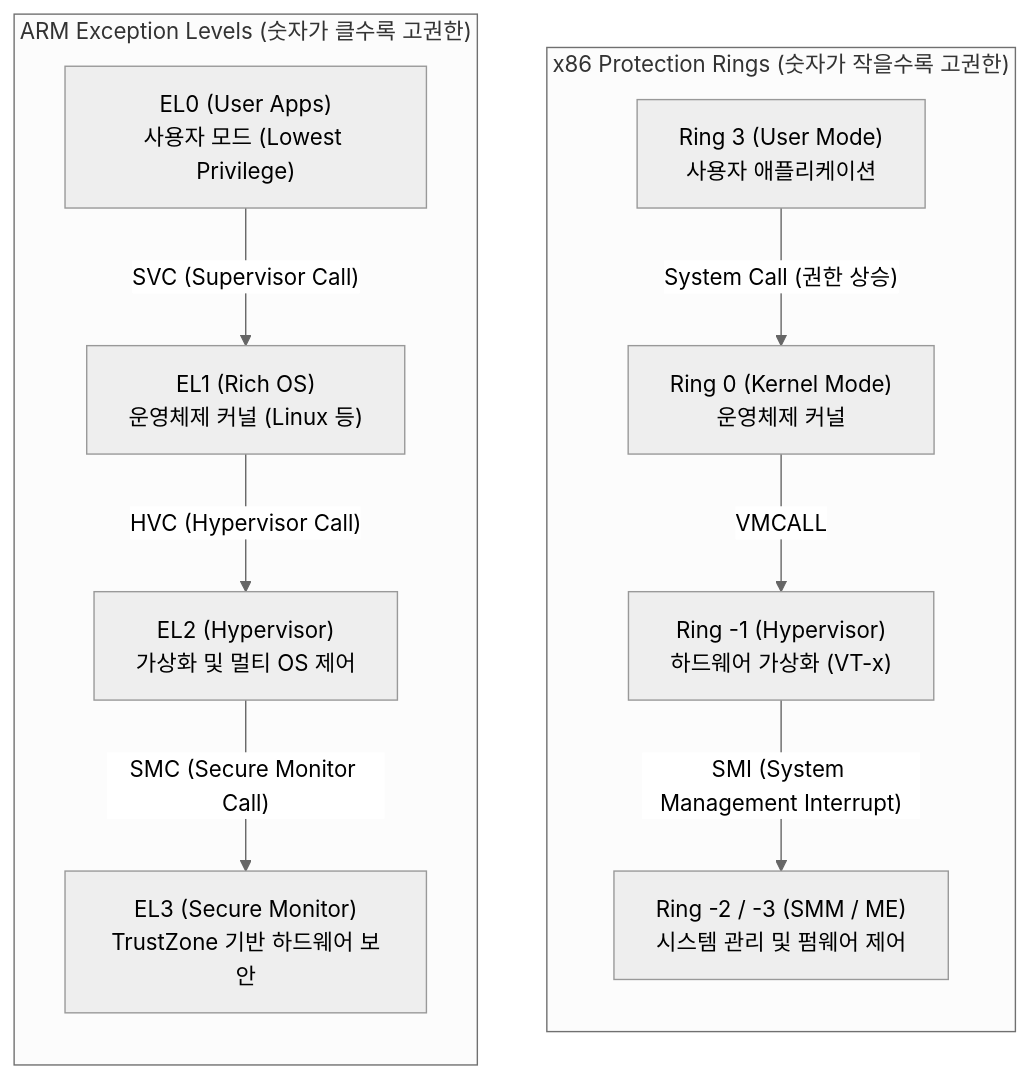
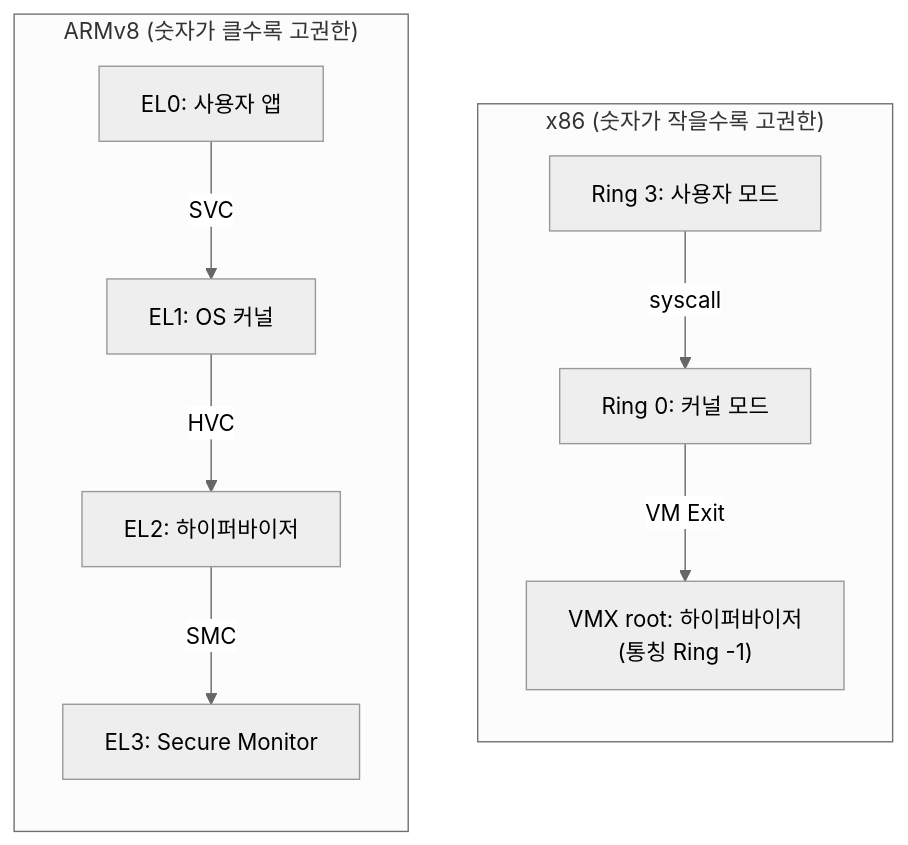
The diagram in content/01_IT Tech/운영체제 특권레벨.md (supremethumb/supremethumb.github.io), drawn with Mermaid (neutral theme) before and after one commit. The commit also changed other lines of this file and 1087 other files, not shown here.

````diff
--- a/content/01_IT Tech/운영체제 특권레벨.md
+++ b/content/01_IT Tech/운영체제 특권레벨.md
@@ -23,27 +35,14 @@
 ```mermaid
 flowchart TB
-    subgraph x86_Architecture ["x86 Protection Rings (숫자가 작을수록 고권한)"]
+    subgraph X86["x86 (숫자가 작을수록 고권한)"]
         direction TB
-        R3["Ring 3 (User Mode)<br/>사용자 애플리케이션"]
-        R0["Ring 0 (Kernel Mode)<br/>운영체제 커널"]
-        R_1["Ring -1 (Hypervisor)<br/>하드웨어 가상화 (VT-x)"]
-        R_2["Ring -2 / -3 (SMM / ME)<br/>시스템 관리 및 펌웨어 제어"]
-        
-        R3 -- "System Call (권한 상승)" --> R0
-        R0 -- "VMCALL" --> R_1
-        R_1 -- "SMI (System Management Interrupt)" --> R_2
+        R3["Ring 3: 사용자 모드"] -->|"syscall"| R0["Ring 0: 커널 모드"]
+        R0 -->|"VM Exit"| VMX["VMX root: 하이퍼바이저<br/>(통칭 Ring -1)"]
     end
-
-    subgraph ARM_Architecture ["ARM Exception Levels (숫자가 클수록 고권한)"]
+    subgraph ARM["ARMv8 (숫자가 클수록 고권한)"]
         direction TB
-        EL0["EL0 (User Apps)<br/>사용자 모드 (Lowest Privilege)"]
-        EL1["EL1 (Rich OS)<br/>운영체제 커널 (Linux 등)"]
-        EL2["EL2 (Hypervisor)<br/>가상화 및 멀티 OS 제어"]
-        EL3["EL3 (Secure Monitor)<br/>TrustZone 기반 하드웨어 보안"]
-        
-        EL0 -- "SVC (Supervisor Call)" --> EL1
-        EL1 -- "HVC (Hypervisor Call)" --> EL2
-        EL2 -- "SMC (Secure Monitor Call)" --> EL3
+        EL0["EL0: 사용자 앱"] -->|"SVC"| EL1["EL1: OS 커널"]
+        EL1 -->|"HVC"| EL2["EL2: 하이퍼바이저"]
+        EL2 -->|"SMC"| EL3["EL3: Secure Monitor"]
     end
-
 ```
````
